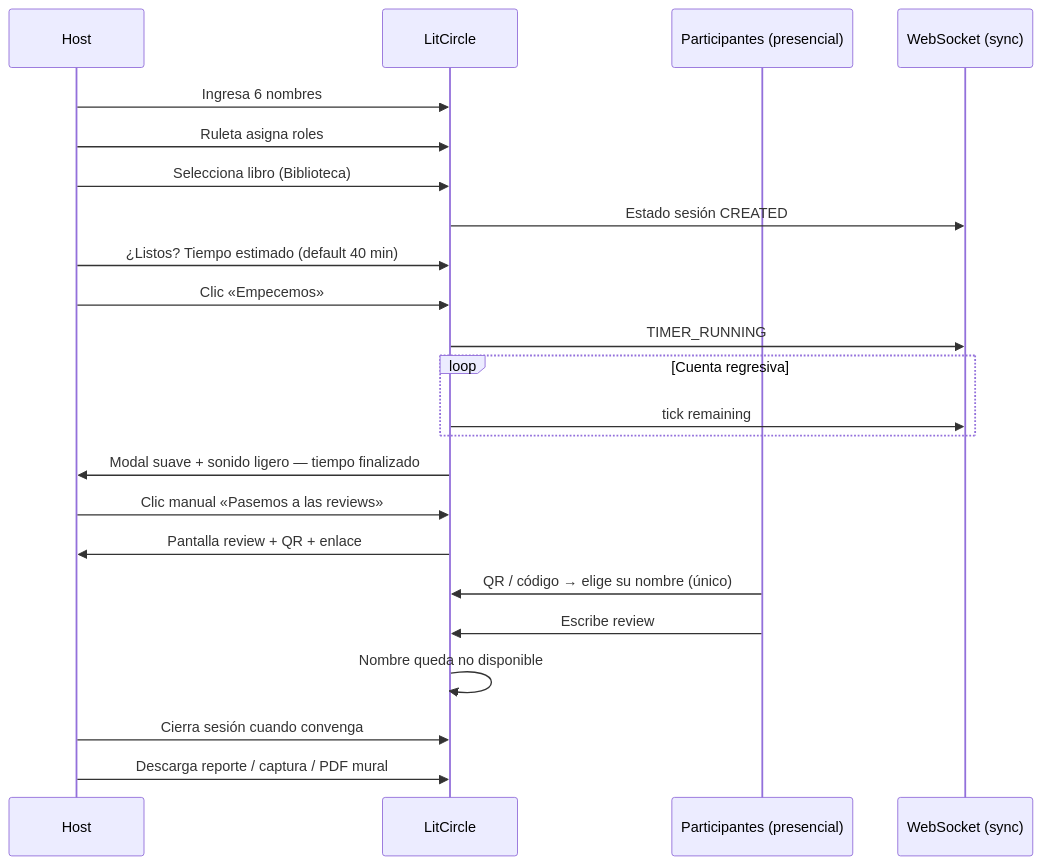
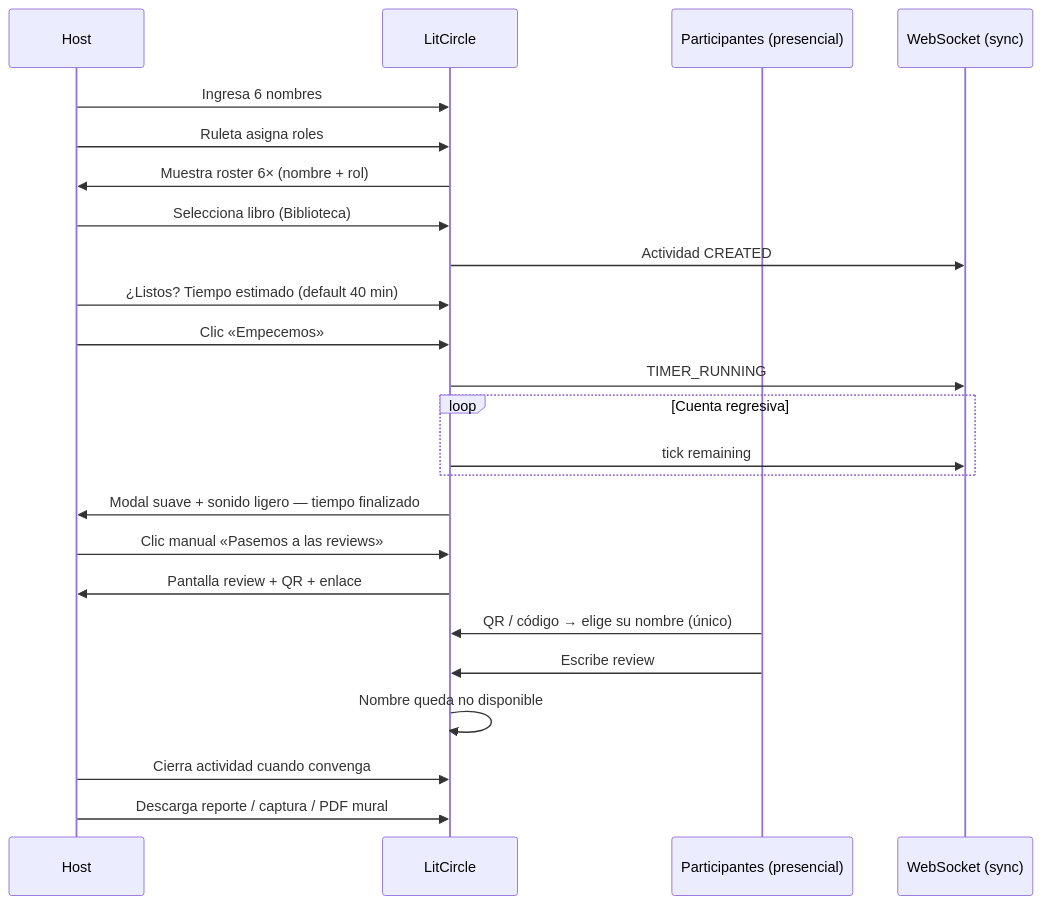
One commit to JosthinAyonC/chapterquest-serverless-app changed the second of 4 diagrams in docs/ProductSpec.md. Above: the diagram before and after it, drawn with Mermaid. The commit also changed other lines of this file and 9 other files, not shown here.

Commit message:
docs: update README, architecture, and product specifications to clarify role play activities and guest profile functionality without login

````diff
--- a/docs/ProductSpec.md
+++ b/docs/ProductSpec.md
@@ -156,26 +188,27 @@
 ```mermaid
 sequenceDiagram
   participant H as Host
   participant SYS as LitCircle
   participant P as Participantes (presencial)
   participant WS as WebSocket (sync)
 
   H->>SYS: Ingresa 6 nombres
   H->>SYS: Ruleta asigna roles
+  SYS->>H: Muestra roster 6× (nombre + rol)
   H->>SYS: Selecciona libro (Biblioteca)
-  SYS->>WS: Estado sesión CREATED
+  SYS->>WS: Actividad CREATED
   H->>SYS: ¿Listos? Tiempo estimado (default 40 min)
   H->>SYS: Clic «Empecemos»
   SYS->>WS: TIMER_RUNNING
   loop Cuenta regresiva
     SYS->>WS: tick remaining
   end
   SYS->>H: Modal suave + sonido ligero — tiempo finalizado
   H->>SYS: Clic manual «Pasemos a las reviews»
   SYS->>H: Pantalla review + QR + enlace
   P->>SYS: QR / código → elige su nombre (único)
   P->>SYS: Escribe review
   SYS->>SYS: Nombre queda no disponible
-  H->>SYS: Cierra sesión cuando convenga
+  H->>SYS: Cierra actividad cuando convenga
   H->>SYS: Descarga reporte / captura / PDF mural
 ```
````
